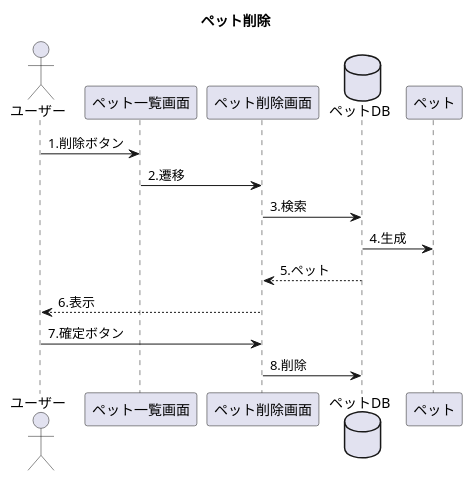
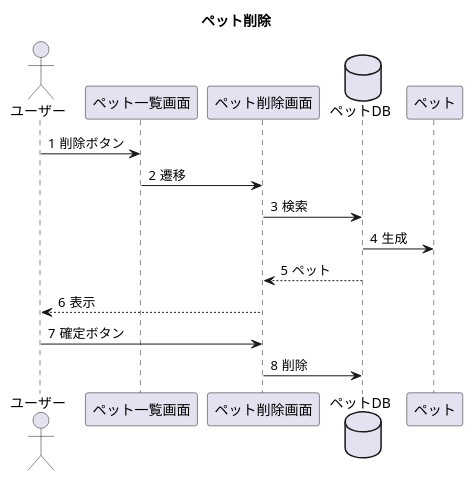
One commit to Tyamanaka07/WebSystem changed the diagram in UML/seq_petDelete.pu. Above: the diagram before and after it, drawn with PlantUML. The commit also changed 5 other files, not shown here.

```diff
--- a/UML/seq_petDelete.pu
+++ b/UML/seq_petDelete.pu
@@ -1,17 +1,18 @@
 @startuml
 title ペット削除
 actor ユーザー
 participant ペット一覧画面
 participant ペット削除画面
 database ペットDB
+autonumber "#"
 
-ユーザー->ペット一覧画面:1.削除ボタン
-ペット一覧画面->ペット削除画面:2.遷移
-ペット削除画面->ペットDB:3.検索
-ペットDB->ペット:4.生成
-ペットDB-->ペット削除画面:5.ペット
-ペット削除画面-->ユーザー:6.表示
-ユーザー->ペット削除画面:7.確定ボタン
-ペット削除画面->ペットDB:8.削除
+ユーザー->ペット一覧画面:削除ボタン
+ペット一覧画面->ペット削除画面:遷移
+ペット削除画面->ペットDB:検索
+ペットDB->ペット:生成
+ペットDB-->ペット削除画面:ペット
+ペット削除画面-->ユーザー:表示
+ユーザー->ペット削除画面:確定ボタン
+ペット削除画面->ペットDB:削除
 
 @enduml
```
